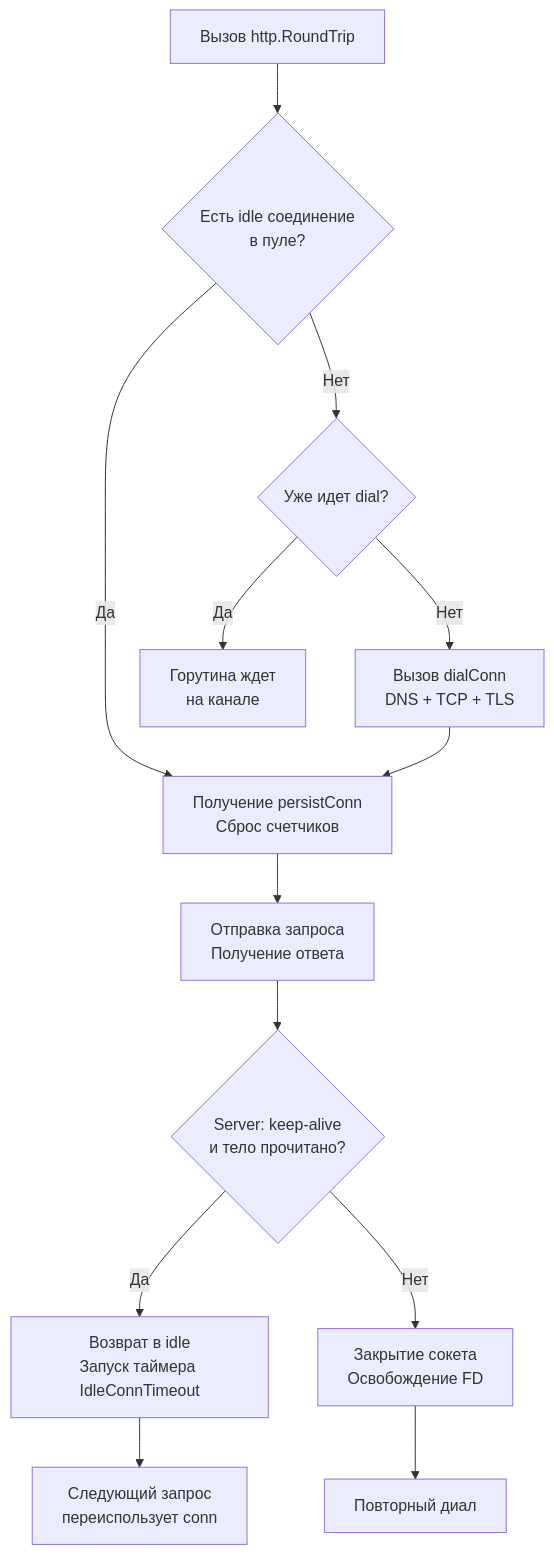
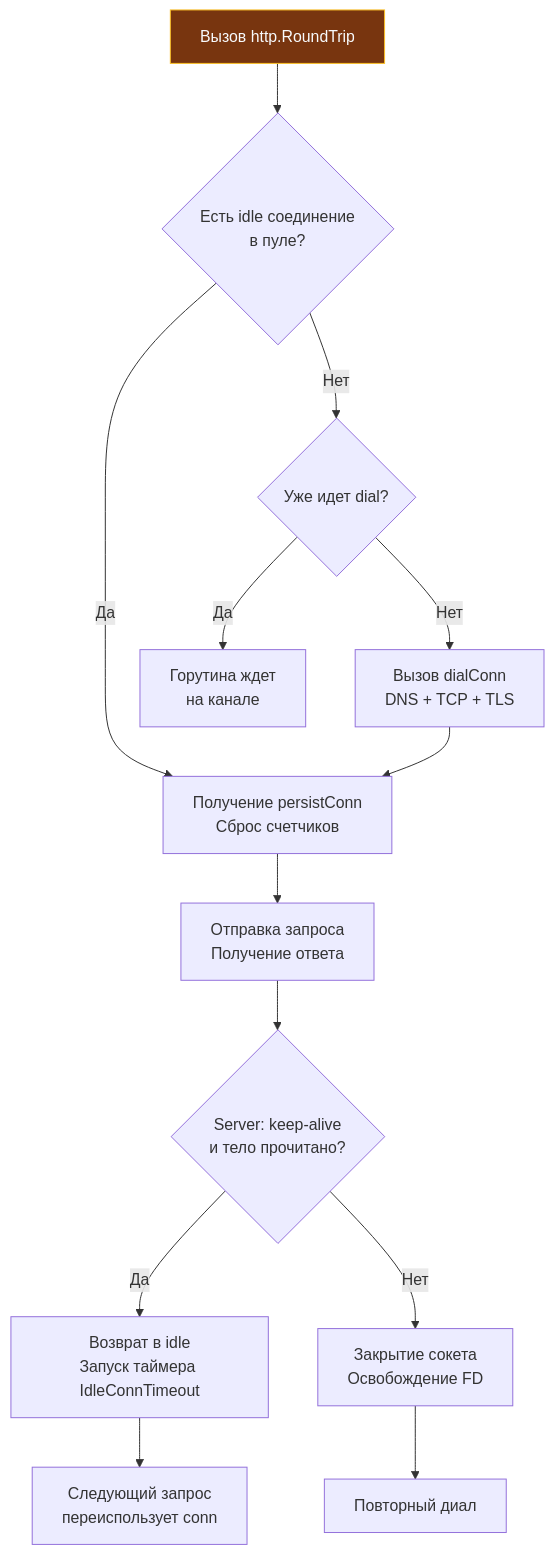
One commit to UnrealTemplier/go-textbook changed the diagram in sources/6. Стандартная библиотека Go/34. net_http под капотом. Transport, Connection Pool, Keep Alive.md. Above: the diagram before and after it, drawn with Mermaid. The commit also changed 1666 other files, not shown here.

First line of the commit message:
feat(mermaid): add semantic color classDef to 1369 colorless flowchart/graph diagrams

````diff
--- a/sources/6. Стандартная библиотека Go/34. net_http под капотом. Transport, Connection Pool, Keep Alive.md
+++ b/sources/6. Стандартная библиотека Go/34. net_http под капотом. Transport, Connection Pool, Keep Alive.md
@@ -42,15 +42,25 @@
 ```mermaid
 flowchart TD
-    A["Вызов http.RoundTrip"] --> B{"Есть idle соединение<br>в пуле?"}
+    classDef process  fill:#1e293b,stroke:#38bdf8,stroke-width:1px,color:#f8fafc
+    classDef success  fill:#064e3b,stroke:#34d399,stroke-width:1px,color:#f8fafc
+    classDef error    fill:#7f1d1d,stroke:#f87171,stroke-width:1px,color:#f8fafc
+    classDef warning  fill:#78350f,stroke:#fbbf24,stroke-width:1px,color:#f8fafc
+    classDef entry    fill:#1e3a5f,stroke:#38bdf8,stroke-width:2px,color:#f8fafc
+    classDef aux      fill:#334155,stroke:#64748b,stroke-width:1px,color:#f8fafc
+    classDef system   fill:#312e81,stroke:#a78bfa,stroke-width:1px,color:#f8fafc
+    classDef data     fill:#132d29,stroke:#2dd4bf,stroke-width:1px,color:#f8fafc
+    classDef network  fill:#881337,stroke:#fb7185,stroke-width:1px,color:#f8fafc
+    classDef accent   fill:#1e1b4b,stroke:#818cf8,stroke-width:1px,color:#f8fafc
+    A["Вызов http.RoundTrip"]:::warning --> B{"Есть idle соединение<br>в пуле?"}
     B -->|Да| C["Получение persistConn<br>Сброс счетчиков"]
     B -->|Нет| D{"Уже идет dial?"}
     D -->|Да| E["Горутина ждет<br>на канале"]
     D -->|Нет| F["Вызов dialConn<br>DNS + TCP + TLS"]
     F --> C
     C --> G["Отправка запроса<br>Получение ответа"]
     G --> H{"Server: keep-alive<br>и тело прочитано?"}
     H -->|Да| I["Возврат в idle<br>Запуск таймера IdleConnTimeout"]
     H -->|Нет| J["Закрытие сокета<br>Освобождение FD"]
     I --> K["Следующий запрос<br>переиспользует conn"]
     J --> L["Повторный диал"]
 ```
````
